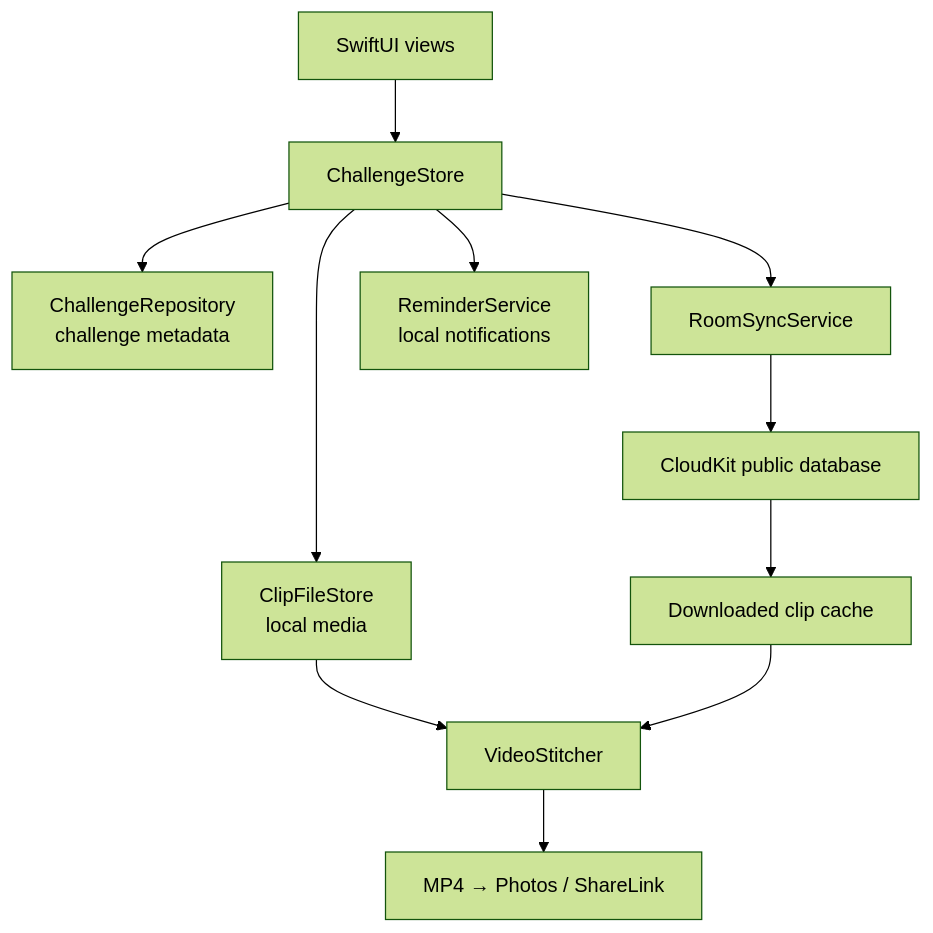
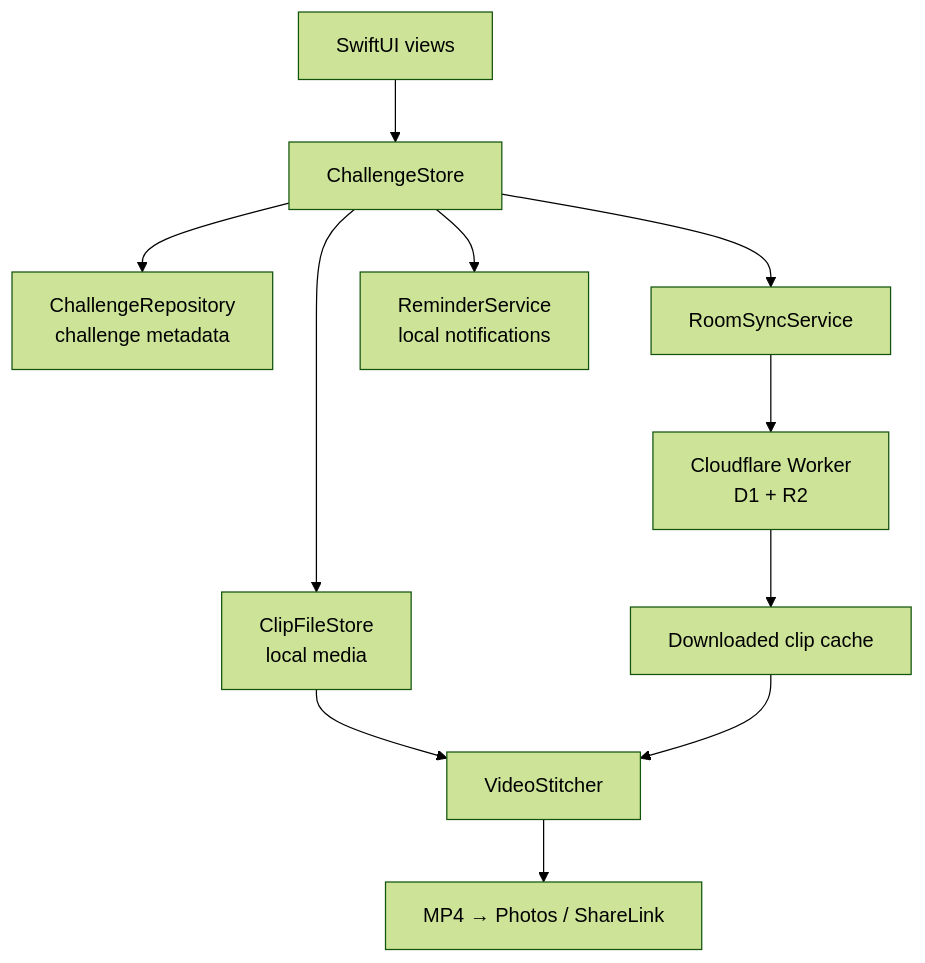
Before and after one commit to cassieliang6709/1day-ios: the second of 2 diagrams in README.md, drawn with Mermaid (forest theme). The commit also changed other lines of this file, not shown here.

Commit message:
文档：README 更新到 1.5，后端从 CloudKit 改为 Cloudflare Worker

````diff
--- a/README.md
+++ b/README.md
@@ -108,13 +113,13 @@
 ```mermaid
 flowchart TD
     Views["SwiftUI views"] --> Store["ChallengeStore"]
     Store --> Repo["ChallengeRepository<br/>challenge metadata"]
     Store --> Files["ClipFileStore<br/>local media"]
     Store --> Sync["RoomSyncService"]
-    Sync --> Cloud["CloudKit public database"]
+    Sync --> Cloud["Cloudflare Worker<br/>D1 + R2"]
     Store --> Reminder["ReminderService<br/>local notifications"]
     Files --> Stitcher["VideoStitcher"]
     Cloud --> Cache["Downloaded clip cache"]
     Cache --> Stitcher
     Stitcher --> Film["MP4 → Photos / ShareLink"]
 ```
````
